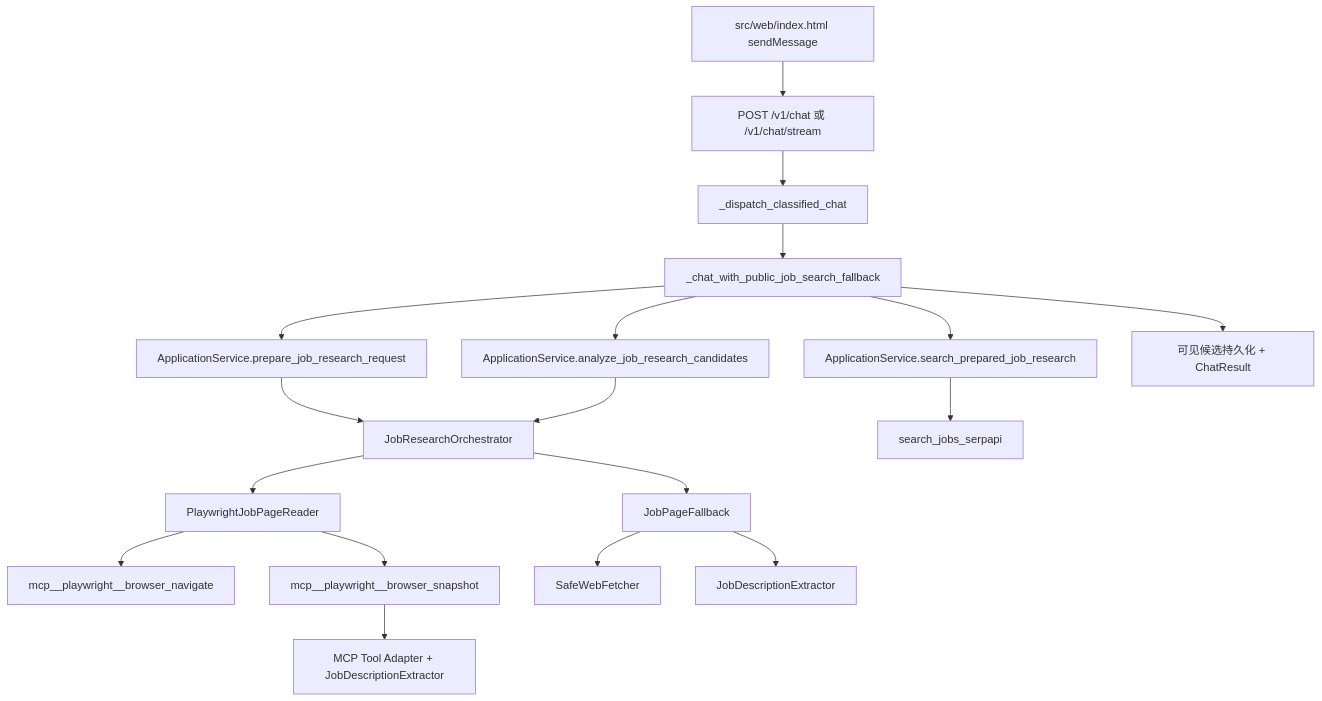
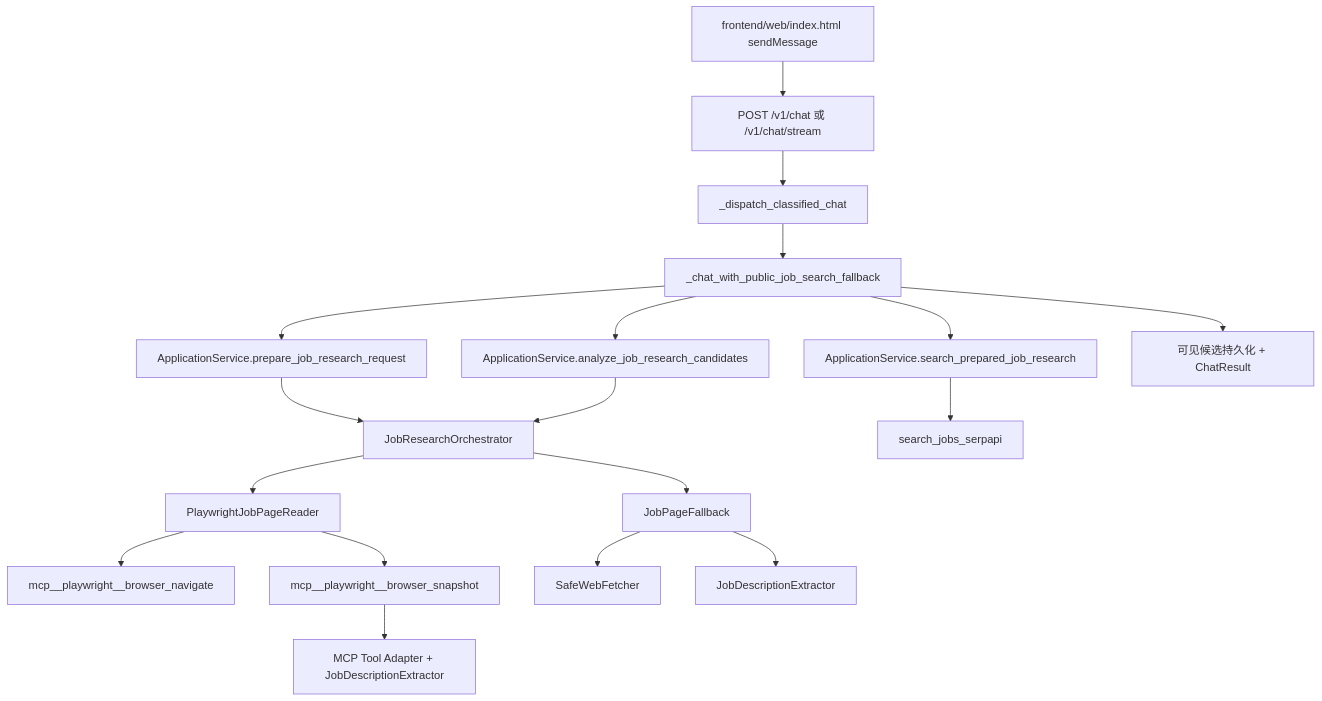
Before and after one commit to LunaHeluo/Personal-Agent: the diagram in starter-agent/docs/job-application-delegation-implementation-audit.md, drawn with Mermaid. The commit also changed other lines of this file and 28 other files, not shown here.

````diff
--- a/starter-agent/docs/job-application-delegation-implementation-audit.md
+++ b/starter-agent/docs/job-application-delegation-implementation-audit.md
@@ -88,20 +88,20 @@
 ```mermaid
 flowchart TD
-    UI["src/web/index.html sendMessage"] --> CHAT["POST /v1/chat 或 /v1/chat/stream"]
+    UI["frontend/web/index.html sendMessage"] --> CHAT["POST /v1/chat 或 /v1/chat/stream"]
     CHAT --> ROUTER["_dispatch_classified_chat"]
     ROUTER --> FIXED["_chat_with_public_job_search_fallback"]
     FIXED --> PREP["ApplicationService.prepare_job_research_request"]
     PREP --> ORCH["JobResearchOrchestrator"]
     FIXED --> SEARCH["ApplicationService.search_prepared_job_research"]
     SEARCH --> SERP["search_jobs_serpapi"]
     FIXED --> ANALYZE["ApplicationService.analyze_job_research_candidates"]
     ANALYZE --> ORCH
     ORCH --> PAGE["PlaywrightJobPageReader"]
     PAGE --> NAV["mcp__playwright__browser_navigate"]
     PAGE --> SNAP["mcp__playwright__browser_snapshot"]
     SNAP --> ADAPTER["MCP Tool Adapter + JobDescriptionExtractor"]
     ORCH --> FALLBACK["JobPageFallback"]
     FALLBACK --> FETCH["SafeWebFetcher"]
     FALLBACK --> EXTRACT["JobDescriptionExtractor"]
     FIXED --> SAVE["可见候选持久化 + ChatResult"]
 ```
````
